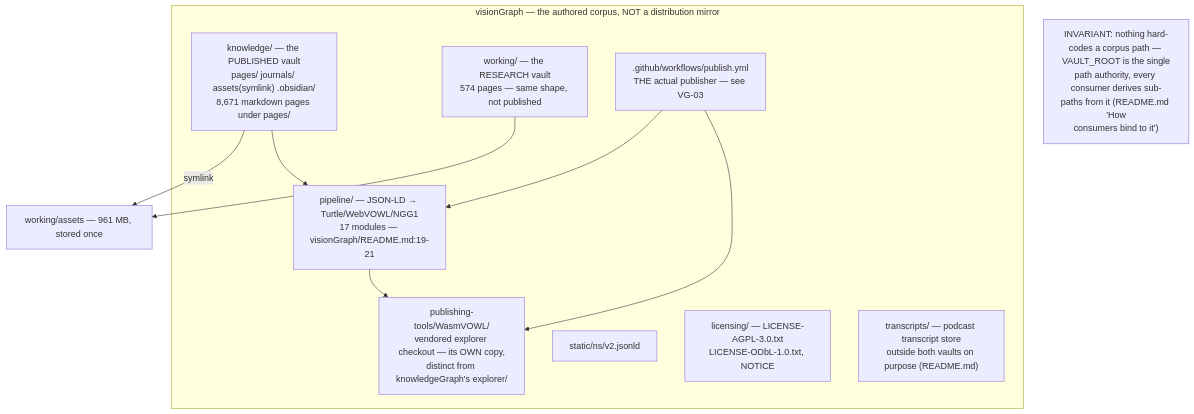
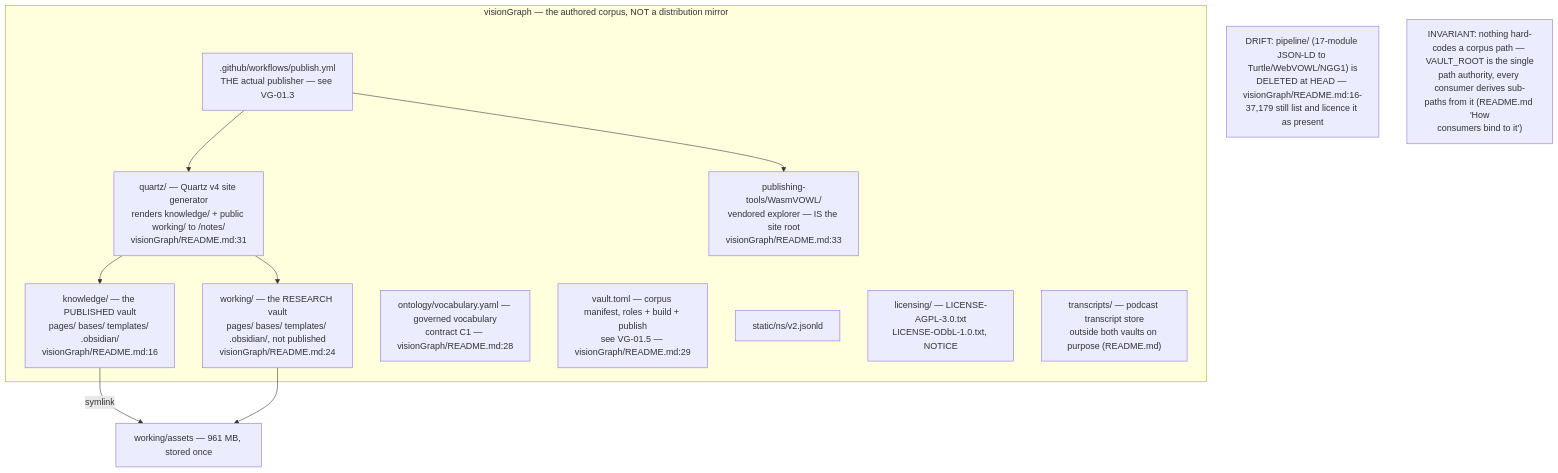
Before and after one commit to DreamLab-AI/VisionFlow: the first of 5 diagrams in docs/diagrams/visiongraph/01-vault-structure-and-contract.md, drawn with Mermaid. The commit also changed other lines of this file and 136 other files, not shown here.

First line of the commit message:
docs(diagrams): refresh the whole corpus to code HEAD and prune low-value diagrams

````diff
--- a/docs/diagrams/visiongraph/01-vault-structure-and-contract.md
+++ b/docs/diagrams/visiongraph/01-vault-structure-and-contract.md
@@ -20,20 +34,23 @@
 ```mermaid
 flowchart TB
     subgraph REPO["visionGraph — the authored corpus, NOT a distribution mirror"]
-        KV["knowledge/ — the PUBLISHED vault<br/>pages/ journals/ assets#40;symlink#41; .obsidian/<br/>8,671 markdown pages under pages/"]
-        WV["working/ — the RESEARCH vault<br/>574 pages — same shape, not published"]
-        PIPE["pipeline/ — JSON-LD → Turtle/WebVOWL/NGG1<br/>17 modules — visionGraph/README.md:19-21"]
-        PUBTOOLS["publishing-tools/WasmVOWL/<br/>vendored explorer checkout — its OWN copy,<br/>distinct from knowledgeGraph's explorer/"]
+        KV["knowledge/ — the PUBLISHED vault<br/>pages/ bases/ templates/ .obsidian/<br/>visionGraph/README.md:16"]
+        WV["working/ — the RESEARCH vault<br/>pages/ bases/ templates/ .obsidian/, not published<br/>visionGraph/README.md:24"]
+        ONT["ontology/vocabulary.yaml — governed vocabulary<br/>contract C1 — visionGraph/README.md:28"]
+        VTOML["vault.toml — corpus manifest, roles + build + publish<br/>see VG-01.5 — visionGraph/README.md:29"]
+        QRTZ["quartz/ — Quartz v4 site generator<br/>renders knowledge/ + public working/ to #47;notes#47;<br/>visionGraph/README.md:31"]
+        PUBTOOLS["publishing-tools/WasmVOWL/<br/>vendored explorer — IS the site root<br/>visionGraph/README.md:33"]
         STATIC["static/ns/v2.jsonld"]
         LIC["licensing/ — LICENSE-AGPL-3.0.txt<br/>LICENSE-ODbL-1.0.txt, NOTICE"]
         TRANS["transcripts/ — podcast transcript store<br/>outside both vaults on purpose #40;README.md#41;"]
-        GH[".github/workflows/publish.yml<br/>THE actual publisher — see VG-03"]
+        GH[".github/workflows/publish.yml<br/>THE actual publisher — see VG-01.3"]
     end
     KV -->|"symlink"| ASSETS["working/assets — 961 MB, stored once"]
     WV --> ASSETS
-    KV --> PIPE
-    PIPE --> PUBTOOLS
-    GH --> PIPE
+    GH --> QRTZ
     GH --> PUBTOOLS
-    note1["INVARIANT: nothing hard-codes a corpus path — VAULT_ROOT is the single<br/>path authority, every consumer derives sub-paths from it #40;README.md 'How<br/>consumers bind to it'#41;"]
+    QRTZ --> KV
+    QRTZ --> WV
+    note1["DRIFT: pipeline#47; #40;17-module JSON-LD to Turtle#47;WebVOWL#47;NGG1#41; is<br/>DELETED at HEAD — visionGraph/README.md:16-37,179 still list and licence it as present"]
+    note2["INVARIANT: nothing hard-codes a corpus path — VAULT_ROOT is the single<br/>path authority, every consumer derives sub-paths from it #40;README.md 'How<br/>consumers bind to it'#41;"]
 ```
````
